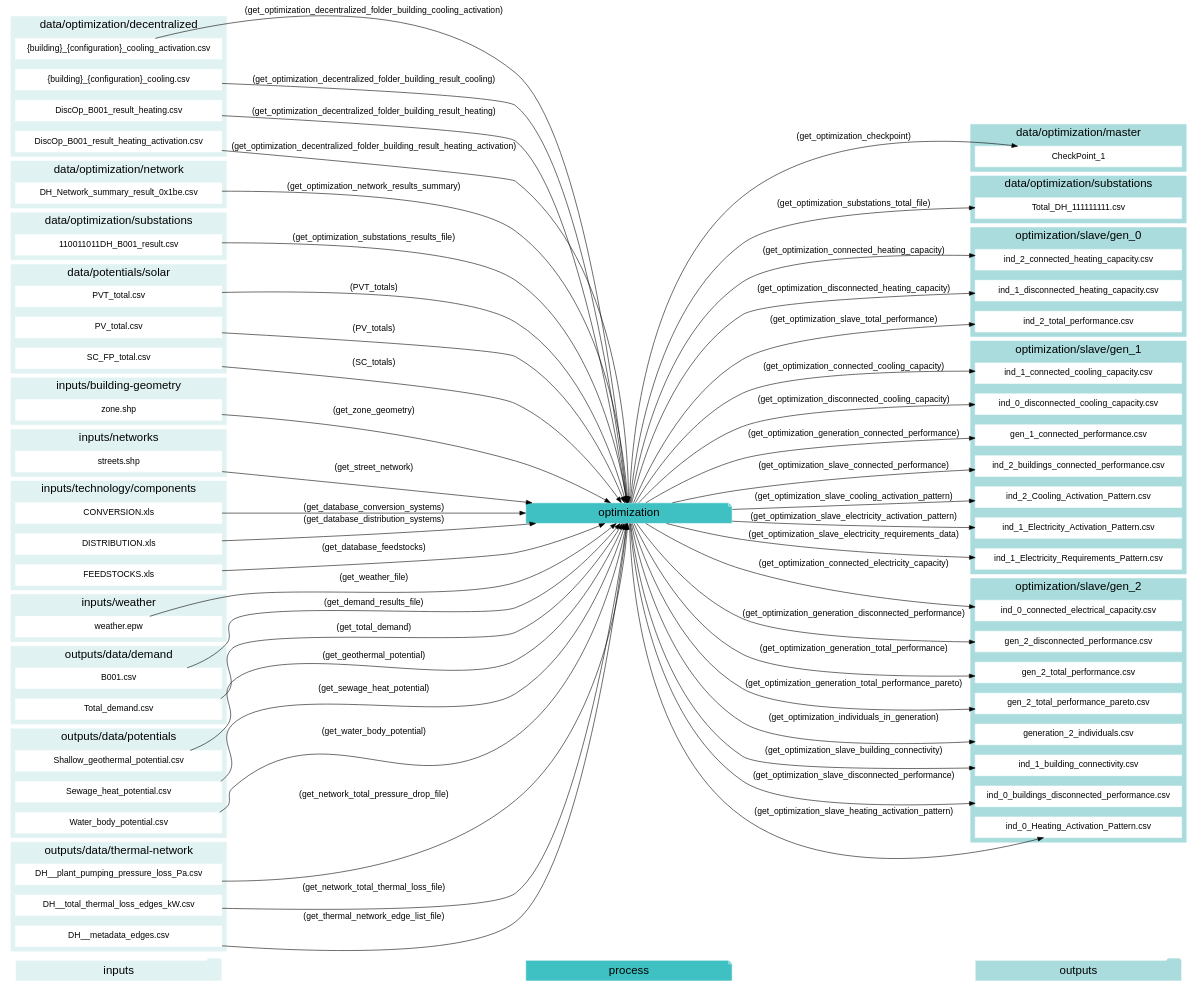
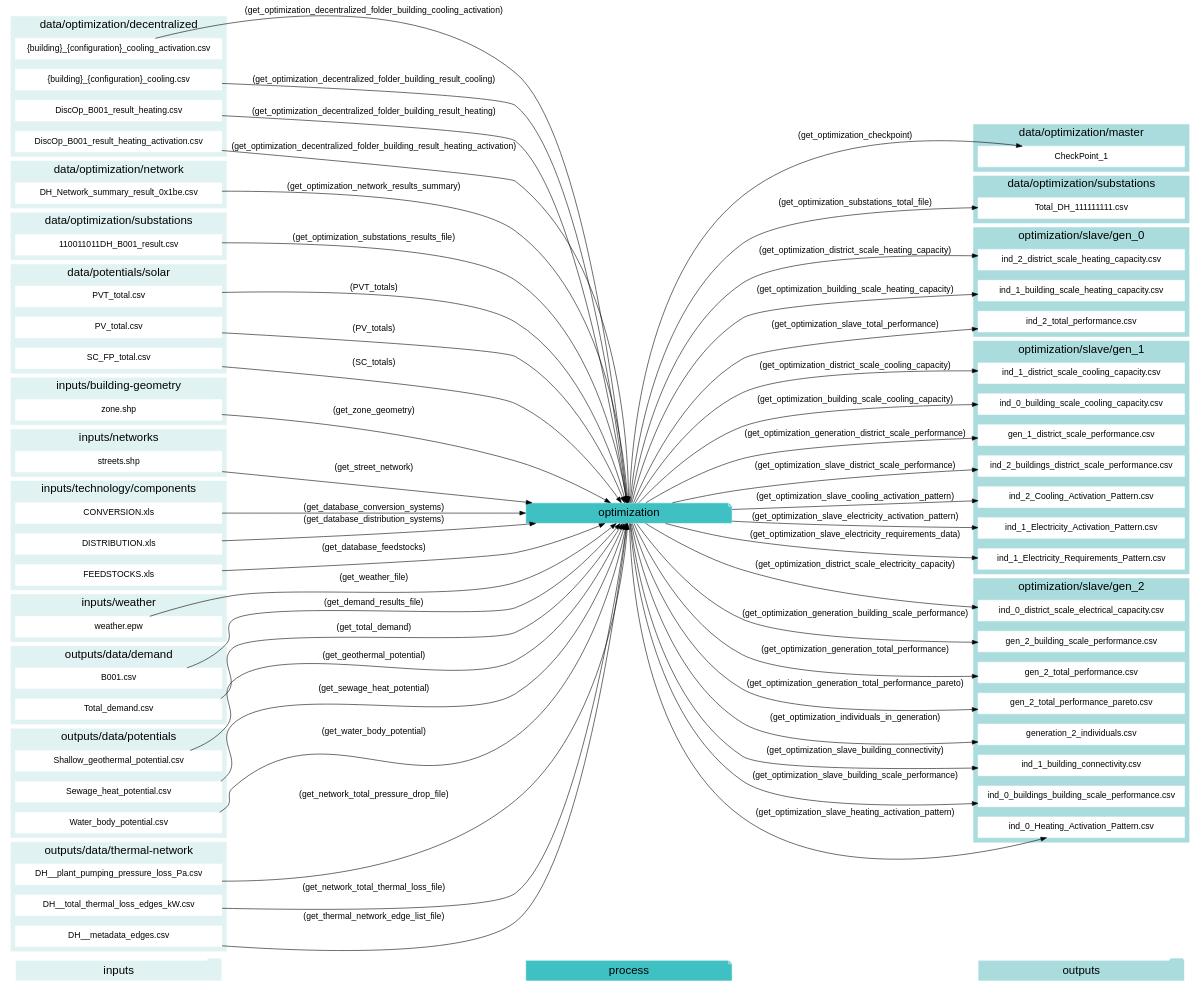
Before and after one commit to architecture-building-systems/CityEnergyAnalyst: diagram 20 of 22 in docs/script-data-flow.rst, drawn with Graphviz. The commit also changed 32 other files, not shown here.

```diff
--- a/docs/script-data-flow.rst
+++ b/docs/script-data-flow.rst
@@ -1433,8 +1433,8 @@
         fontsize = 20;
         rank=same;
         label="optimization/slave/gen_0";
-        get_optimization_connected_heating_capacity[label="ind_2_connected_heating_capacity.csv"];
-        get_optimization_disconnected_heating_capacity[label="ind_1_disconnected_heating_capacity.csv"];
+        get_optimization_district_scale_heating_capacity[label="ind_2_district_scale_heating_capacity.csv"];
+        get_optimization_building_scale_heating_capacity[label="ind_1_building_scale_heating_capacity.csv"];
         get_optimization_slave_total_performance[label="ind_2_total_performance.csv"];
     }
     subgraph cluster_10_out {
@@ -1443,10 +1443,10 @@
         fontsize = 20;
         rank=same;
         label="optimization/slave/gen_1";
-        get_optimization_connected_cooling_capacity[label="ind_1_connected_cooling_capacity.csv"];
-        get_optimization_disconnected_cooling_capacity[label="ind_0_disconnected_cooling_capacity.csv"];
-        get_optimization_generation_connected_performance[label="gen_1_connected_performance.csv"];
-        get_optimization_slave_connected_performance[label="ind_2_buildings_connected_performance.csv"];
+        get_optimization_district_scale_cooling_capacity[label="ind_1_district_scale_cooling_capacity.csv"];
+        get_optimization_building_scale_cooling_capacity[label="ind_0_building_scale_cooling_capacity.csv"];
+        get_optimization_generation_district_scale_performance[label="gen_1_district_scale_performance.csv"];
+        get_optimization_slave_district_scale_performance[label="ind_2_buildings_district_scale_performance.csv"];
         get_optimization_slave_cooling_activation_pattern[label="ind_2_Cooling_Activation_Pattern.csv"];
         get_optimization_slave_electricity_activation_pattern[label="ind_1_Electricity_Activation_Pattern.csv"];
         get_optimization_slave_electricity_requirements_data[label="ind_1_Electricity_Requirements_Pattern.csv"];
@@ -1457,13 +1457,13 @@
         fontsize = 20;
         rank=same;
         label="optimization/slave/gen_2";
-        get_optimization_connected_electricity_capacity[label="ind_0_connected_electrical_capacity.csv"];
-        get_optimization_generation_disconnected_performance[label="gen_2_disconnected_performance.csv"];
+        get_optimization_district_scale_electricity_capacity[label="ind_0_district_scale_electrical_capacity.csv"];
+        get_optimization_generation_building_scale_performance[label="gen_2_building_scale_performance.csv"];
         get_optimization_generation_total_performance[label="gen_2_total_performance.csv"];
         get_optimization_generation_total_performance_pareto[label="gen_2_total_performance_pareto.csv"];
         get_optimization_individuals_in_generation[label="generation_2_individuals.csv"];
         get_optimization_slave_building_connectivity[label="ind_1_building_connectivity.csv"];
-        get_optimization_slave_disconnected_performance[label="ind_0_buildings_disconnected_performance.csv"];
+        get_optimization_slave_building_scale_performance[label="ind_0_buildings_building_scale_performance.csv"];
         get_optimization_slave_heating_activation_pattern[label="ind_0_Heating_Activation_Pattern.csv"];
     }
     subgraph cluster_12_in {
@@ -1519,20 +1519,20 @@
     get_weather_file -> "optimization"[label="(get_weather_file)"];
     get_zone_geometry -> "optimization"[label="(get_zone_geometry)"];
     "optimization" -> get_optimization_checkpoint[label="(get_optimization_checkpoint)"];
-    "optimization" -> get_optimization_connected_cooling_capacity[label="(get_optimization_connected_cooling_capacity)"];
-    "optimization" -> get_optimization_connected_electricity_capacity[label="(get_optimization_connected_electricity_capacity)"];
-    "optimization" -> get_optimization_connected_heating_capacity[label="(get_optimization_connected_heating_capacity)"];
-    "optimization" -> get_optimization_disconnected_cooling_capacity[label="(get_optimization_disconnected_cooling_capacity)"];
-    "optimization" -> get_optimization_disconnected_heating_capacity[label="(get_optimization_disconnected_heating_capacity)"];
-    "optimization" -> get_optimization_generation_connected_performance[label="(get_optimization_generation_connected_performance)"];
-    "optimization" -> get_optimization_generation_disconnected_performance[label="(get_optimization_generation_disconnected_performance)"];
+    "optimization" -> get_optimization_district_scale_cooling_capacity[label="(get_optimization_district_scale_cooling_capacity)"];
+    "optimization" -> get_optimization_district_scale_electricity_capacity[label="(get_optimization_district_scale_electricity_capacity)"];
+    "optimization" -> get_optimization_district_scale_heating_capacity[label="(get_optimization_district_scale_heating_capacity)"];
+    "optimization" -> get_optimization_building_scale_cooling_capacity[label="(get_optimization_building_scale_cooling_capacity)"];
+    "optimization" -> get_optimization_building_scale_heating_capacity[label="(get_optimization_building_scale_heating_capacity)"];
+    "optimization" -> get_optimization_generation_district_scale_performance[label="(get_optimization_generation_district_scale_performance)"];
+    "optimization" -> get_optimization_generation_building_scale_performance[label="(get_optimization_generation_building_scale_performance)"];
     "optimization" -> get_optimization_generation_total_performance[label="(get_optimization_generation_total_performance)"];
     "optimization" -> get_optimization_generation_total_performance_pareto[label="(get_optimization_generation_total_performance_pareto)"];
     "optimization" -> get_optimization_individuals_in_generation[label="(get_optimization_individuals_in_generation)"];
     "optimization" -> get_optimization_slave_building_connectivity[label="(get_optimization_slave_building_connectivity)"];
-    "optimization" -> get_optimization_slave_connected_performance[label="(get_optimization_slave_connected_performance)"];
+    "optimization" -> get_optimization_slave_district_scale_performance[label="(get_optimization_slave_district_scale_performance)"];
     "optimization" -> get_optimization_slave_cooling_activation_pattern[label="(get_optimization_slave_cooling_activation_pattern)"];
-    "optimization" -> get_optimization_slave_disconnected_performance[label="(get_optimization_slave_disconnected_performance)"];
+    "optimization" -> get_optimization_slave_building_scale_performance[label="(get_optimization_slave_building_scale_performance)"];
     "optimization" -> get_optimization_slave_electricity_activation_pattern[label="(get_optimization_slave_electricity_activation_pattern)"];
     "optimization" -> get_optimization_slave_electricity_requirements_data[label="(get_optimization_slave_electricity_requirements_data)"];
     "optimization" -> get_optimization_slave_heating_activation_pattern[label="(get_optimization_slave_heating_activation_pattern)"];
```
